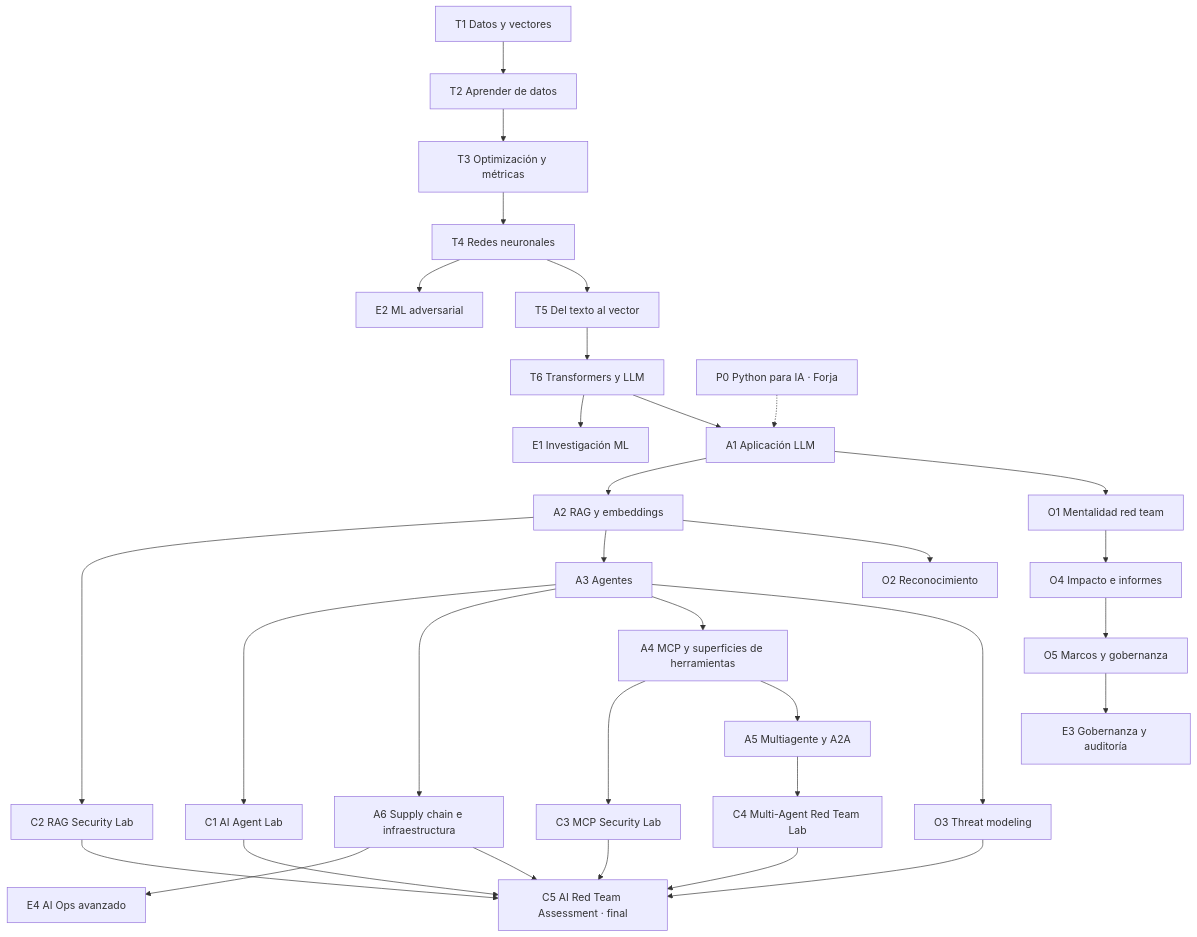
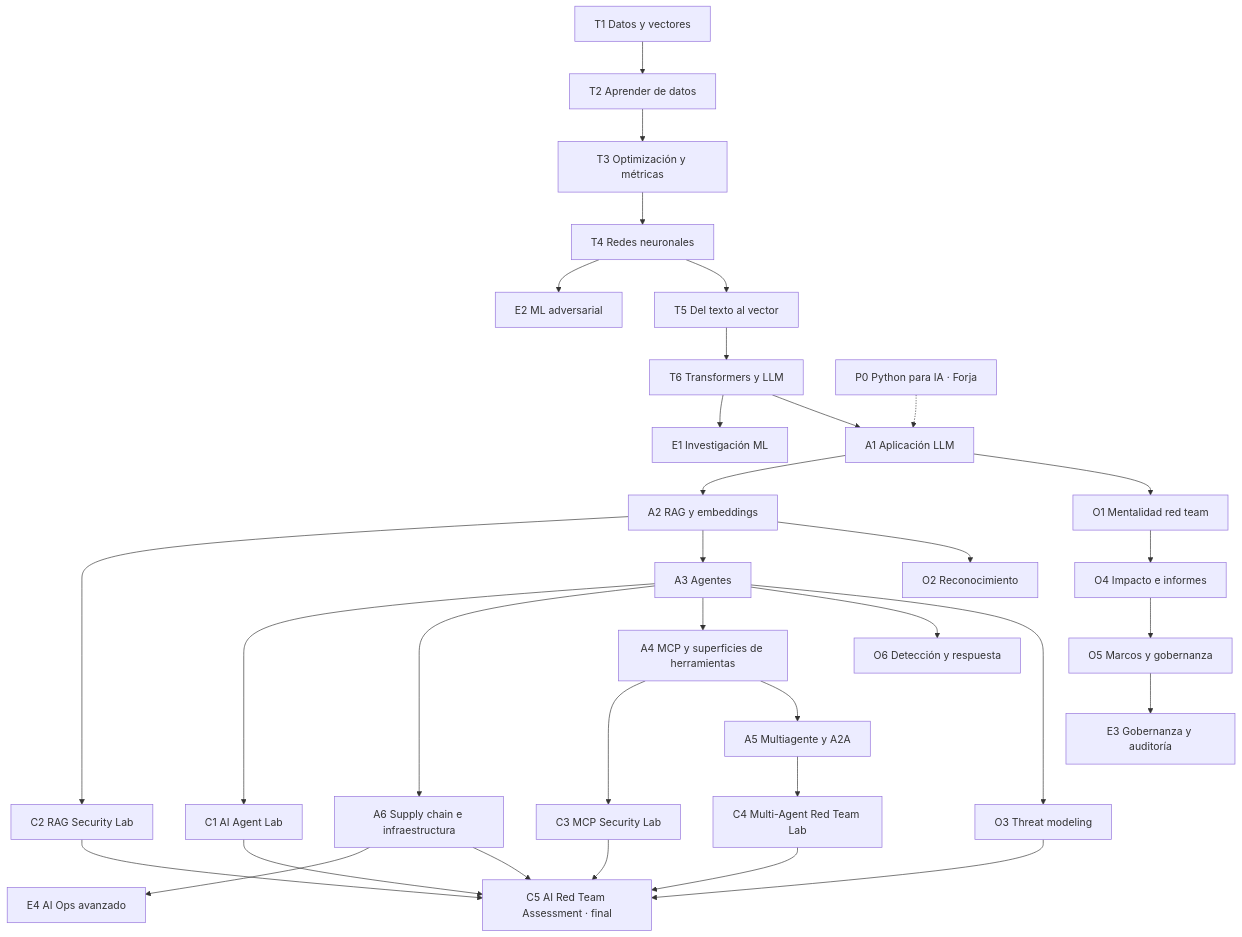
One commit to Kanarath/ai-ronin changed the diagram in docs/03-curriculo.md. Above: the diagram before and after it, drawn with Mermaid. The commit also changed other lines of this file and 8 other files, not shown here.

````diff
--- a/docs/03-curriculo.md
+++ b/docs/03-curriculo.md
@@ -49,31 +49,32 @@
 ```mermaid
 flowchart TD
   T1[T1 Datos y vectores] --> T2[T2 Aprender de datos]
   T2 --> T3[T3 Optimización y métricas]
   T3 --> T4[T4 Redes neuronales]
   T4 --> T5[T5 Del texto al vector]
   T5 --> T6[T6 Transformers y LLM]
   P0[P0 Python para IA · Forja] -.-> A1
   T6 --> A1[A1 Aplicación LLM]
   A1 --> O1[O1 Mentalidad red team]
   A1 --> A2[A2 RAG y embeddings]
   A2 --> O2[O2 Reconocimiento]
   A2 --> A3[A3 Agentes]
   A3 --> O3[O3 Threat modeling]
+  A3 --> O6[O6 Detección y respuesta]
   A3 --> A4[A4 MCP y superficies de herramientas]
   A4 --> A5[A5 Multiagente y A2A]
   A3 --> A6[A6 Supply chain e infraestructura]
   O1 --> O4[O4 Impacto e informes]
   A2 --> C2[C2 RAG Security Lab]
   A3 --> C1[C1 AI Agent Lab]
   A4 --> C3[C3 MCP Security Lab]
   A5 --> C4[C4 Multi-Agent Red Team Lab]
   O3 --> C5
   A6 --> C5[C5 AI Red Team Assessment · final]
   C1 & C2 & C3 & C4 --> C5
   O4 --> O5[O5 Marcos y gobernanza]
   T6 --> E1[E1 Investigación ML]
   T4 --> E2[E2 ML adversarial]
   O5 --> E3[E3 Gobernanza y auditoría]
   A6 --> E4[E4 AI Ops avanzado]
 ```
````
